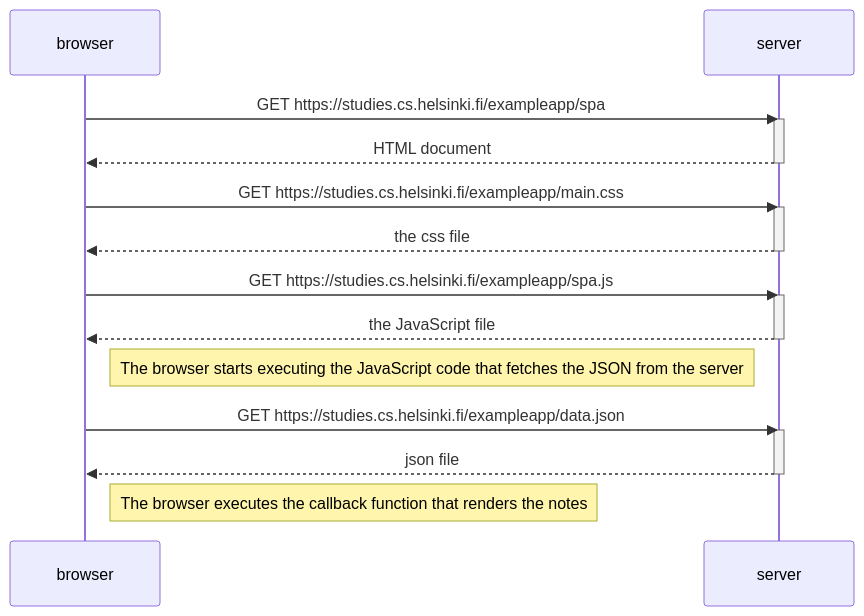
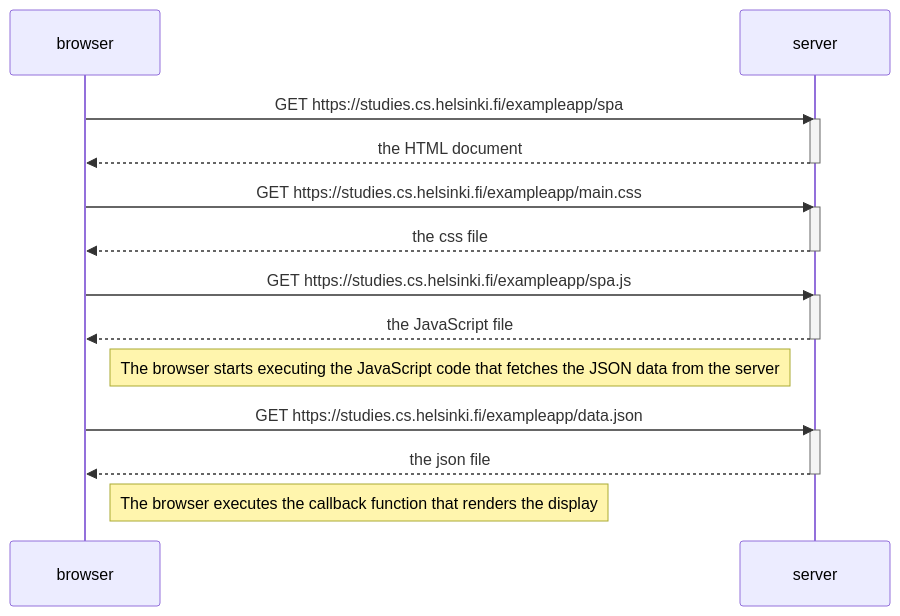
The diagram in Part0/SPA content load.md (Husseinn-Essam/FSO-submissions), drawn with Mermaid before and after one commit. The commit also changed 47 other files, not shown here.

````diff
--- a/Part0/SPA content load.md
+++ b/Part0/SPA content load.md
@@ -1,30 +1,30 @@
 ```mermaid
     sequenceDiagram
     participant browser
     participant server
 
     browser->>server: GET https://studies.cs.helsinki.fi/exampleapp/spa
     activate server
-    server-->>browser: HTML document
+    server-->>browser: the HTML document
     deactivate server
 
     browser->>server: GET https://studies.cs.helsinki.fi/exampleapp/main.css
     activate server
     server-->>browser: the css file
     deactivate server
 
     browser->>server: GET https://studies.cs.helsinki.fi/exampleapp/spa.js
     activate server
     server-->>browser: the JavaScript file
     deactivate server
 
-    Note right of browser: The browser starts executing the JavaScript code that fetches the JSON from the server
+    Note right of browser: The browser starts executing the JavaScript code that fetches the JSON data from the server
 
     browser->>server: GET https://studies.cs.helsinki.fi/exampleapp/data.json
     activate server
-    server-->>browser: json file
+    server-->>browser: the json file
     deactivate server
 
-    Note right of browser: The browser executes the callback function that renders the notes
+    Note right of browser: The browser executes the callback function that renders the display
 
 ```
````
